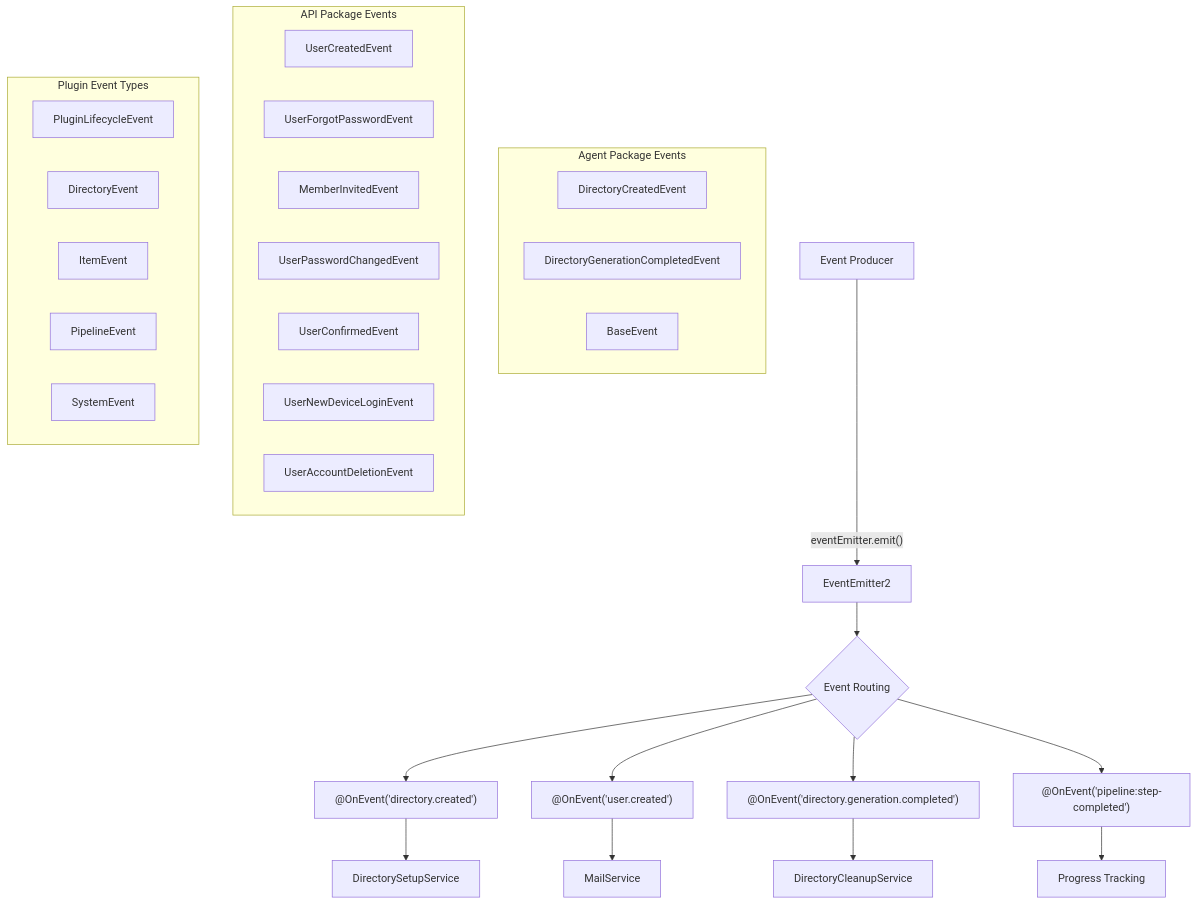
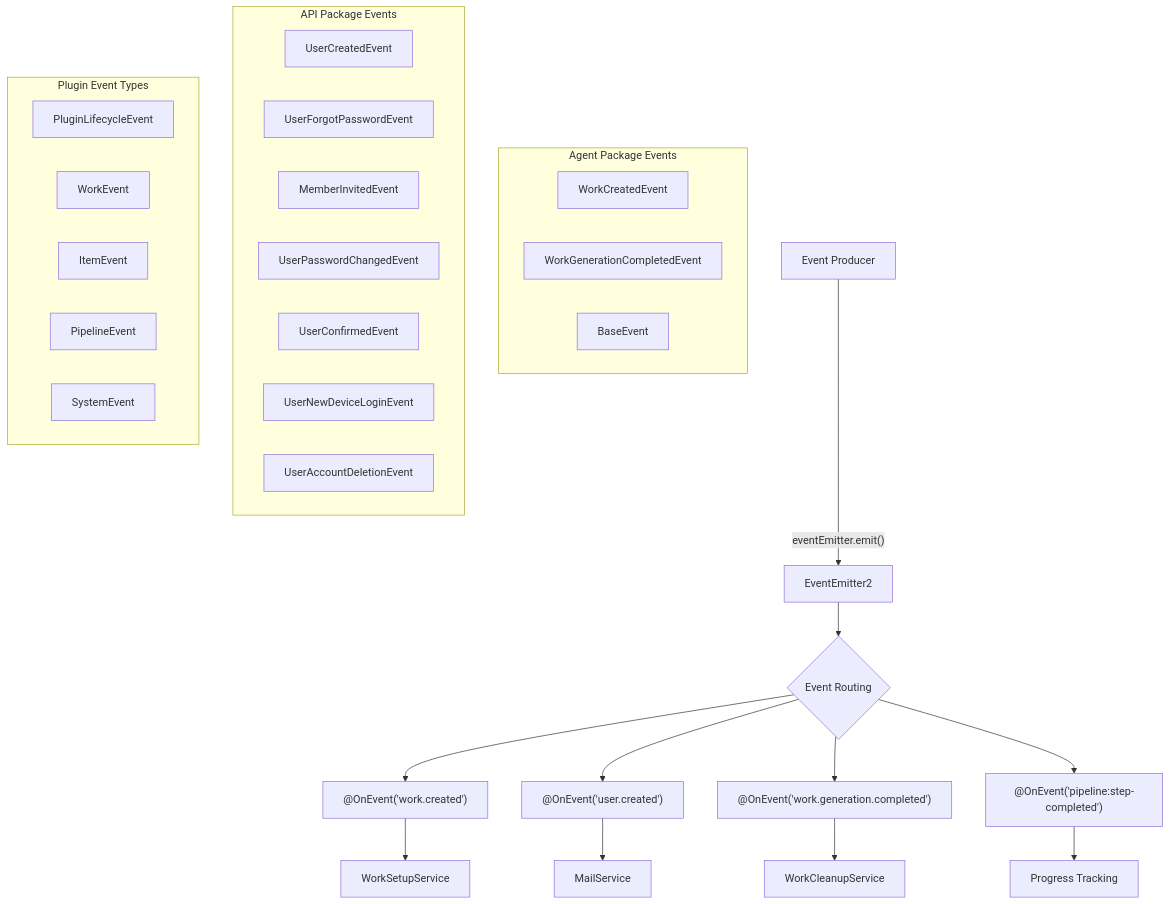
The diagram in docs/advanced/event-listeners.md (ever-works/ever-works), drawn with Mermaid before and after one commit. The commit also changed other lines of this file and 395 other files, not shown here.

````diff
--- a/docs/advanced/event-listeners.md
+++ b/docs/advanced/event-listeners.md
@@ -16,39 +16,39 @@
 ```mermaid
 flowchart TD
     A[Event Producer] -->|"eventEmitter.emit()"| B[EventEmitter2]
     B --> C{Event Routing}
 
-    C --> D["@OnEvent('directory.created')"]
+    C --> D["@OnEvent('work.created')"]
     C --> E["@OnEvent('user.created')"]
-    C --> F["@OnEvent('directory.generation.completed')"]
+    C --> F["@OnEvent('work.generation.completed')"]
     C --> G["@OnEvent('pipeline:step-completed')"]
 
-    D --> H[DirectorySetupService]
+    D --> H[WorkSetupService]
     E --> I[MailService]
-    F --> J[DirectoryCleanupService]
+    F --> J[WorkCleanupService]
     G --> K[Progress Tracking]
 
     subgraph "Agent Package Events"
-        L[DirectoryCreatedEvent]
-        M[DirectoryGenerationCompletedEvent]
+        L[WorkCreatedEvent]
+        M[WorkGenerationCompletedEvent]
         N[BaseEvent]
     end
 
     subgraph "API Package Events"
         O[UserCreatedEvent]
         P[UserForgotPasswordEvent]
         Q[MemberInvitedEvent]
         R[UserPasswordChangedEvent]
         S[UserConfirmedEvent]
         T[UserNewDeviceLoginEvent]
         U[UserAccountDeletionEvent]
     end
 
     subgraph "Plugin Event Types"
         V[PluginLifecycleEvent]
-        W[DirectoryEvent]
+        W[WorkEvent]
         X[ItemEvent]
         Y[PipelineEvent]
         Z[SystemEvent]
     end
 ```
````
